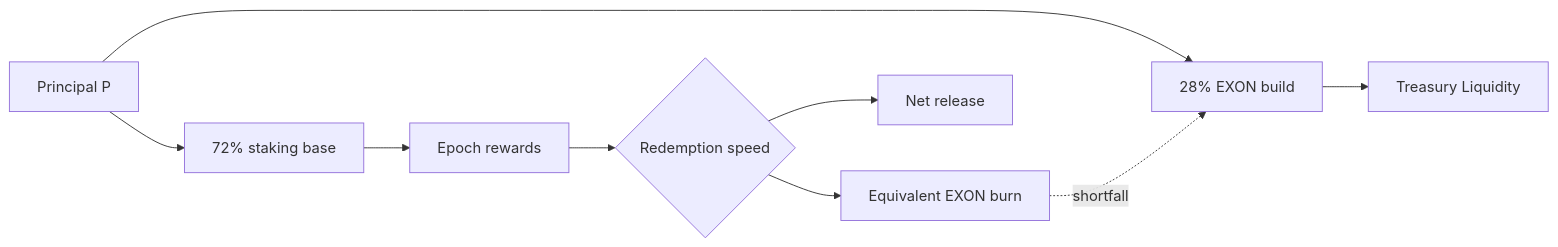
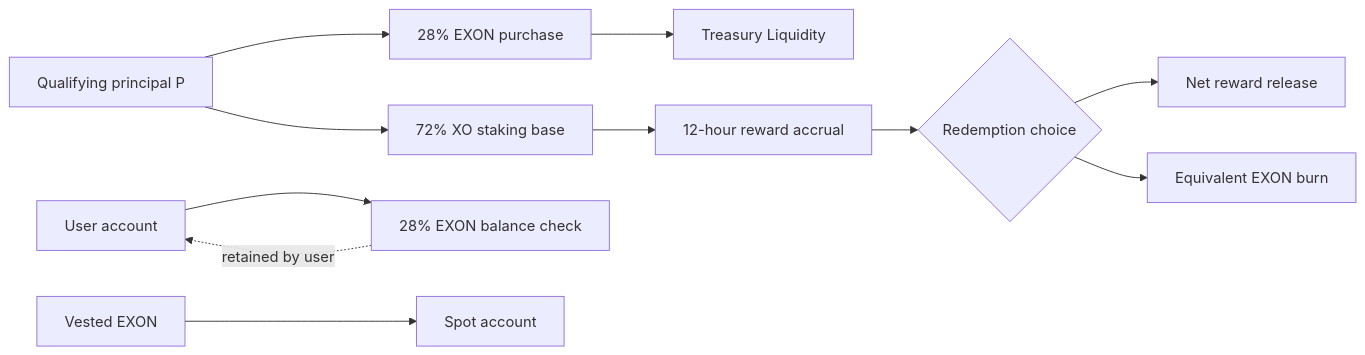
One commit to NEXONMarkets/NEXON-Whitepaper changed the diagram in docs/en/05-tokenomics/value-flows.md. Above: the diagram before and after it, drawn with Mermaid. The commit also changed other lines of this file and 12 other files, not shown here.

````diff
--- a/docs/en/05-tokenomics/value-flows.md
+++ b/docs/en/05-tokenomics/value-flows.md
@@ -17,11 +76,13 @@
 ```mermaid
 flowchart LR
-    P["Principal P"] --> B["28% EXON build"]
-    P --> S["72% staking base"]
+    P["Qualifying principal P"] --> B["28% EXON purchase"]
+    P --> S["72% XO staking base"]
     B --> T["Treasury Liquidity"]
-    S --> R["Epoch rewards"]
-    R --> C{"Redemption speed"}
-    C --> N["Net release"]
+    U["User account"] --> F["28% EXON balance check"]
+    F -. "retained by user" .-> U
+    S --> R["12-hour reward accrual"]
+    R --> C{"Redemption choice"}
+    C --> N["Net reward release"]
     C --> X["Equivalent EXON burn"]
-    X -. "shortfall" .-> B
+    V["Vested EXON"] --> M["Spot account"]
 ```
````
